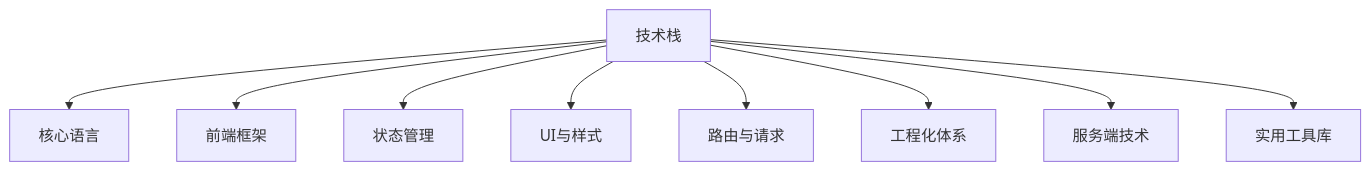
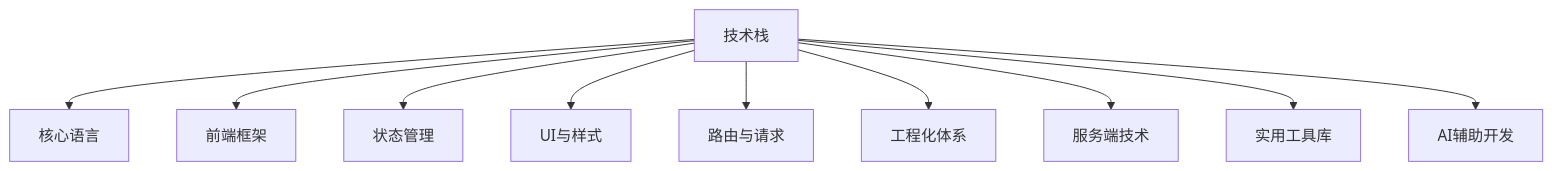
The diagram in README.md (zhongsimeng/.github), drawn with Mermaid before and after one commit. The commit also changed other lines of this file, not shown here.

````diff
--- a/README.md
+++ b/README.md
@@ -15,11 +15,12 @@
 ```mermaid
 graph TB
     A[技术栈] --> B[核心语言]
     A --> C[前端框架]
     A --> D[状态管理]
     A --> E[UI与样式]
     A --> F[路由与请求]
     A --> G[工程化体系]
     A --> H[服务端技术]
     A --> I[实用工具库]
+    A --> J[AI辅助开发]
 ```
````
